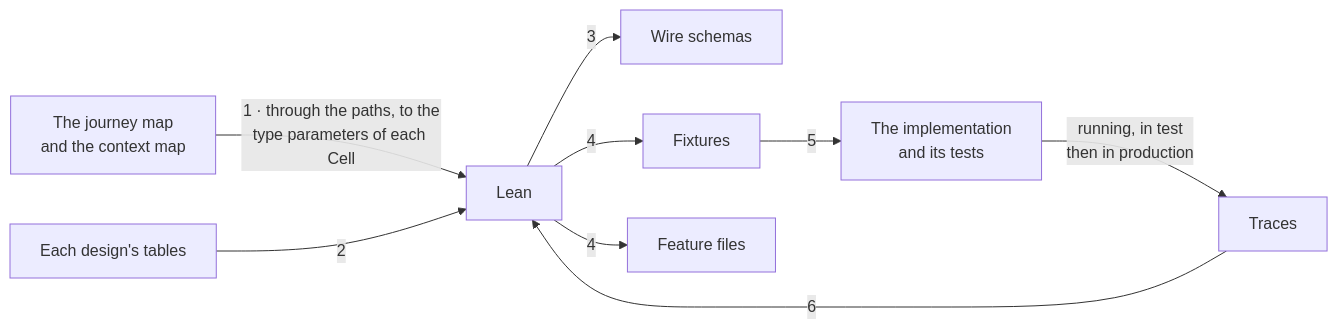
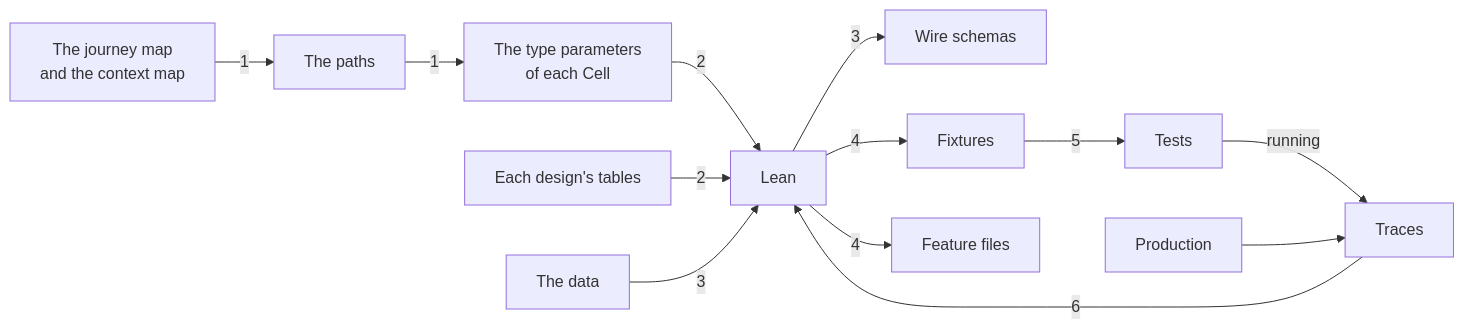
Before and after one commit to matthew-bram/cell-architecture-calculus: the second of 2 diagrams in docs/the-lifecycle.md, drawn with Mermaid. The commit also changed other lines of this file and 4 other files, not shown here.

````diff
--- a/docs/the-lifecycle.md
+++ b/docs/the-lifecycle.md
@@ -186,11 +186,15 @@
 ```mermaid
 flowchart LR
-    MP["The journey map<br/>and the context map"] -->|"1 · through the paths, to the<br/>type parameters of each Cell"| L["Lean"]
+    M["The journey map<br/>and the context map"] -->|1| P["The paths"]
+    P -->|1| TP["The type parameters<br/>of each Cell"]
+    TP -->|2| L["Lean"]
     D["Each design's tables"] -->|2| L
+    DA["The data"] -->|3| L
     L -->|3| W["Wire schemas"]
     L -->|4| FX["Fixtures"]
     L -->|4| FT["Feature files"]
-    FX -->|5| T["The implementation<br/>and its tests"]
-    T -->|"running, in test<br/>then in production"| R["Traces"]
+    FX -->|5| T["Tests"]
+    T -->|running| R["Traces"]
+    PR["Production"] --> R
     R -->|6| L
 ```
````
